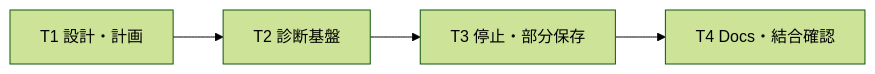
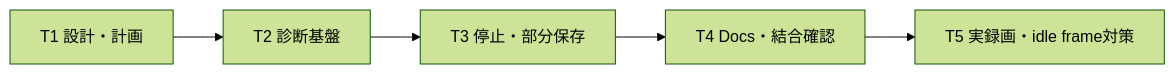
One commit to kkkdev/EventRecorder_by_codex changed the diagram in docs/task_plan.md. Above: the diagram before and after it, drawn with Mermaid (forest theme). The commit also changed other lines of this file and 9 other files, not shown here.

````diff
--- a/docs/task_plan.md
+++ b/docs/task_plan.md
@@ -65,6 +65,7 @@
 ```mermaid
 flowchart LR
     T1["T1 設計・計画"] --> T2["T2 診断基盤"]
     T2 --> T3["T3 停止・部分保存"]
     T3 --> T4["T4 Docs・結合確認"]
+    T4 --> T5["T5 実録画・idle frame対策"]
 ```
````
